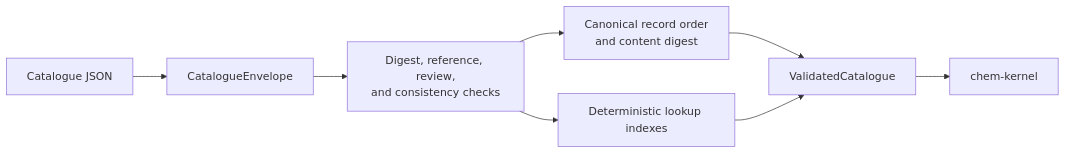
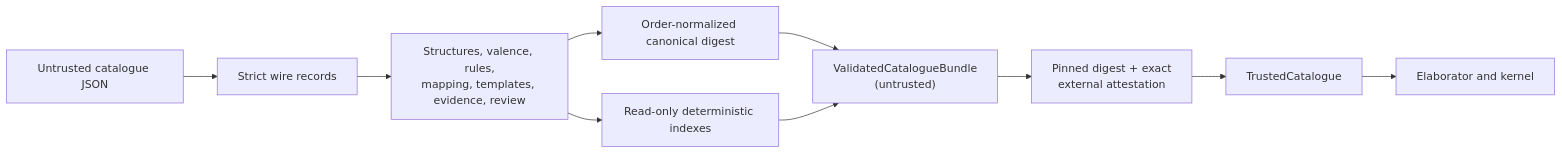
One commit to charles-mills/ChemSpec changed the diagram in crates/chem-catalogue/README.md. Above: the diagram before and after it, drawn with Mermaid. The commit also changed other lines of this file and 18 other files, not shown here.

````diff
--- a/crates/chem-catalogue/README.md
+++ b/crates/chem-catalogue/README.md
@@ -16,10 +14,12 @@
 ```mermaid
 flowchart LR
-    json["Catalogue JSON"] --> envelope["CatalogueEnvelope"]
-    envelope --> checks["Digest, reference, review,<br/>and consistency checks"]
-    checks --> canonical["Canonical record order<br/>and content digest"]
-    checks --> indexes["Deterministic lookup indexes"]
-    canonical --> validated["ValidatedCatalogue"]
+    json["Untrusted catalogue JSON"] --> decode["Strict wire records"]
+    decode --> checks["Structures, valence, rules,<br/>mapping, templates, evidence, review"]
+    checks --> digest["Order-normalized canonical digest"]
+    checks --> indexes["Read-only deterministic indexes"]
+    digest --> validated["ValidatedCatalogueBundle<br/>(untrusted)"]
     indexes --> validated
-    validated --> kernel["chem-kernel"]
+    validated --> trust["Pinned digest + exact<br/>external attestation"]
+    trust --> trusted["TrustedCatalogue"]
+    trusted --> consumers["Elaborator and kernel"]
 ```
````
